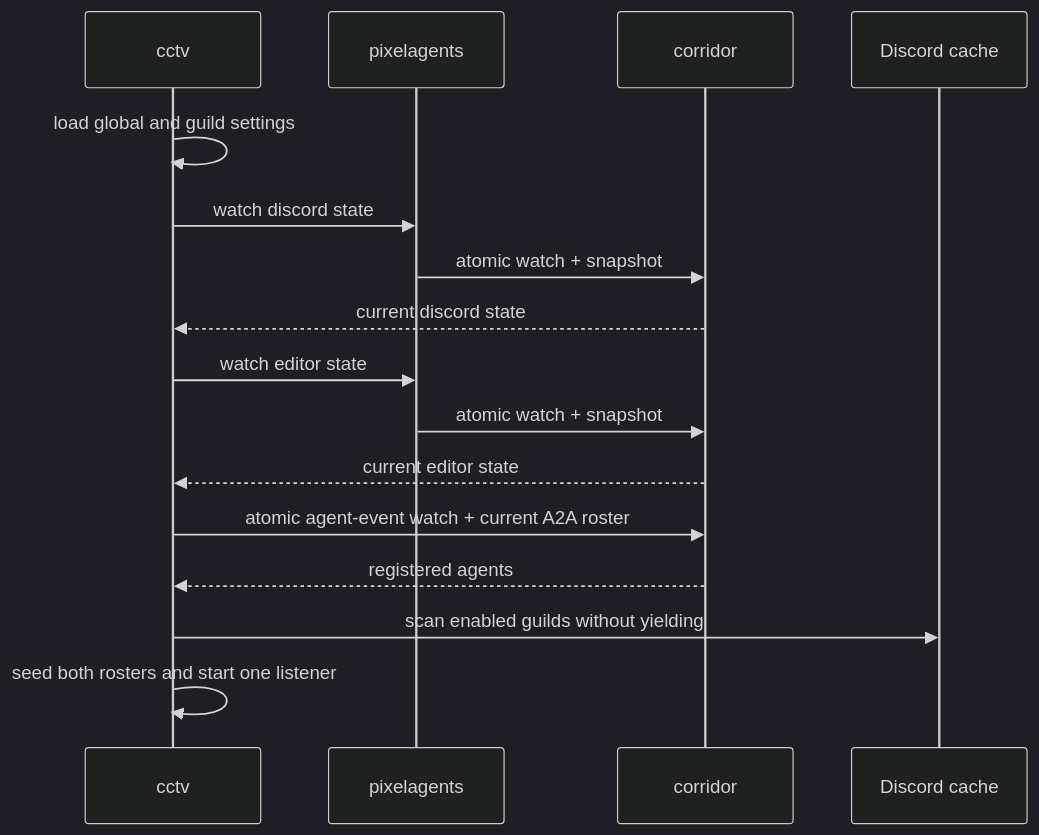
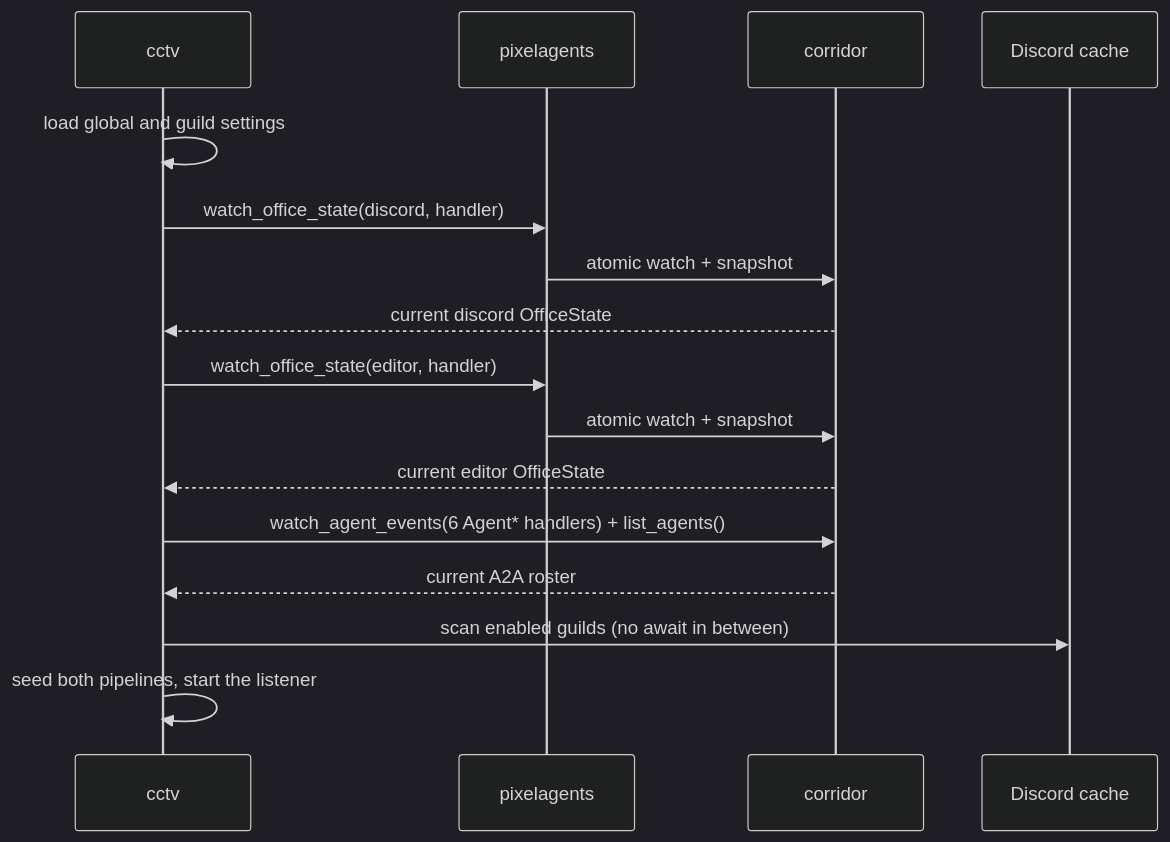
The second of 3 diagrams in cctv/Architecture.md (pixel-agents-hq/pixel-agents-cogs), drawn with Mermaid (dark theme) before and after one commit. The commit also changed other lines of this file and 39 other files, not shown here.

````diff
--- a/cctv/Architecture.md
+++ b/cctv/Architecture.md
@@ -26,19 +61,19 @@
 ```mermaid
 sequenceDiagram
     participant C as cctv
     participant P as pixelagents
     participant R as corridor
     participant D as Discord cache
 
     C->>C: load global and guild settings
-    C->>P: watch discord state
+    C->>P: watch_office_state(discord, handler)
     P->>R: atomic watch + snapshot
-    R-->>C: current discord state
-    C->>P: watch editor state
+    R-->>C: current discord OfficeState
+    C->>P: watch_office_state(editor, handler)
     P->>R: atomic watch + snapshot
-    R-->>C: current editor state
-    C->>R: atomic agent-event watch + current A2A roster
-    R-->>C: registered agents
-    C->>D: scan enabled guilds without yielding
-    C->>C: seed both rosters and start one listener
+    R-->>C: current editor OfficeState
+    C->>R: watch_agent_events(6 Agent* handlers) + list_agents()
+    R-->>C: current A2A roster
+    C->>D: scan enabled guilds (no await in between)
+    C->>C: seed both pipelines, start the listener
 ```
````
